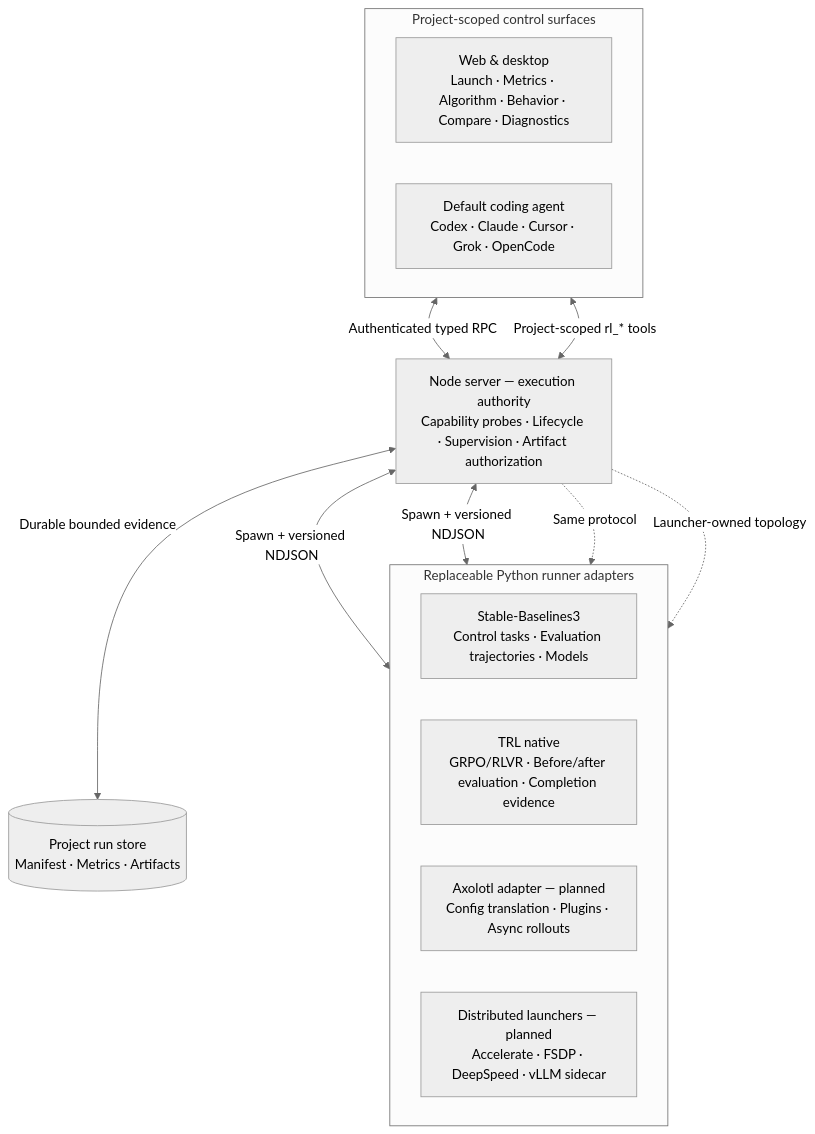
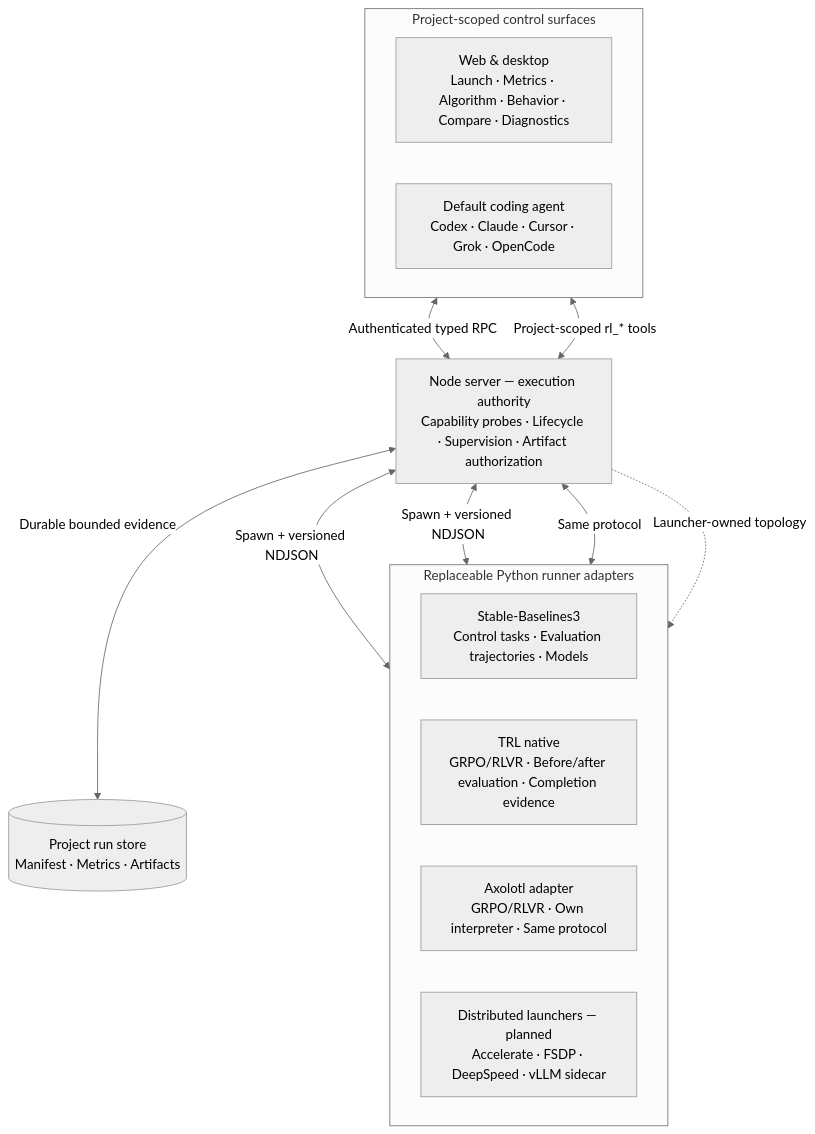
Before and after one commit to Luisgarcav/t3rl: the diagram in README.md, drawn with Mermaid (neutral theme). The commit also changed other lines of this file and 11 other files, not shown here.

First line of the commit message:
feat(rl): add the Axolotl GRPO adapter in its own environment

````diff
--- a/README.md
+++ b/README.md
@@ -198,27 +203,27 @@
 ```mermaid
 flowchart TB
     subgraph control["Project-scoped control surfaces"]
         direction LR
         clients["Web & desktop<br/>Launch · Metrics · Algorithm · Behavior · Compare · Diagnostics"]
         agents["Default coding agent<br/>Codex · Claude · Cursor · Grok · OpenCode"]
     end
 
     server["Node server — execution authority<br/>Capability probes · Lifecycle · Supervision · Artifact authorization"]
     store[("Project run store<br/>Manifest · Metrics · Artifacts")]
 
     subgraph adapters["Replaceable Python runner adapters"]
         direction LR
         sb3["Stable-Baselines3<br/>Control tasks · Evaluation trajectories · Models"]
         trl["TRL native<br/>GRPO/RLVR · Before/after evaluation · Completion evidence"]
-        axolotl["Axolotl adapter — planned<br/>Config translation · Plugins · Async rollouts"]
+        axolotl["Axolotl adapter<br/>GRPO/RLVR · Own interpreter · Same protocol"]
         distributed["Distributed launchers — planned<br/>Accelerate · FSDP · DeepSpeed · vLLM sidecar"]
     end
 
     clients <-->|"Authenticated typed RPC"| server
     agents <-->|"Project-scoped rl_* tools"| server
     server <-->|"Durable bounded evidence"| store
     server <-->|"Spawn + versioned NDJSON"| sb3
     server <-->|"Spawn + versioned NDJSON"| trl
-    server -.->|"Same protocol"| axolotl
+    server <-->|"Same protocol"| axolotl
     server -.->|"Launcher-owned topology"| distributed
 ```
````
